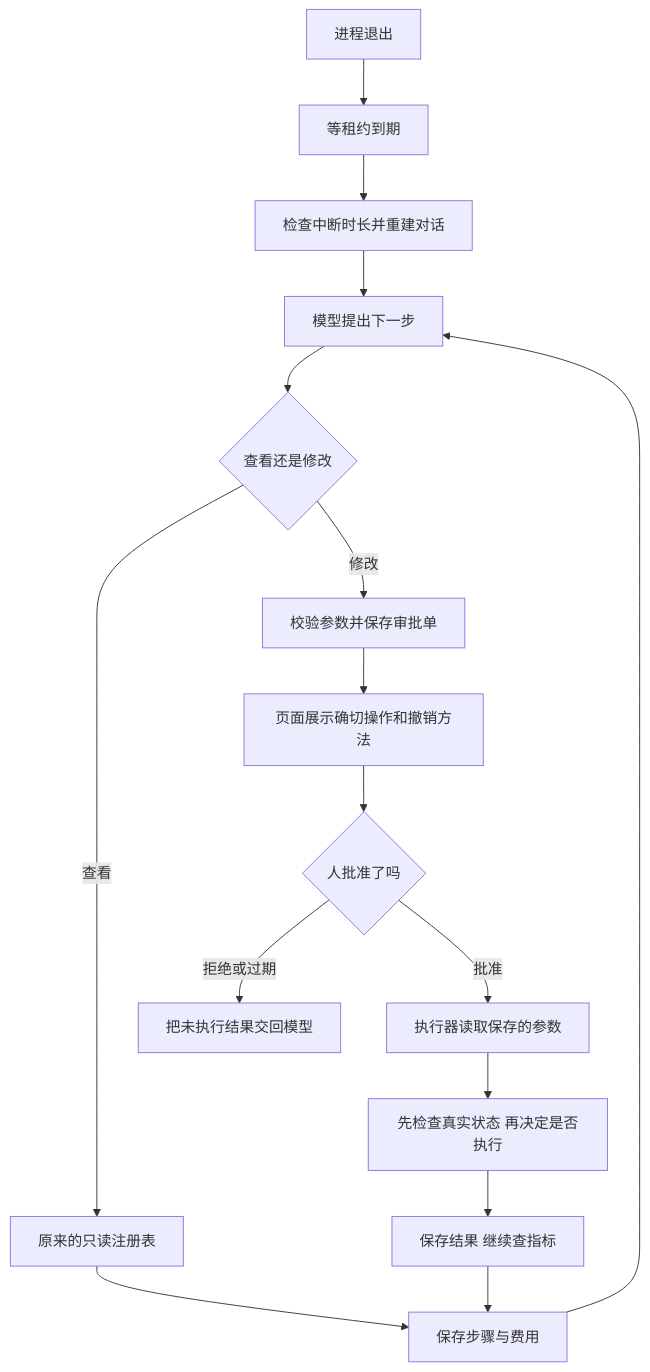
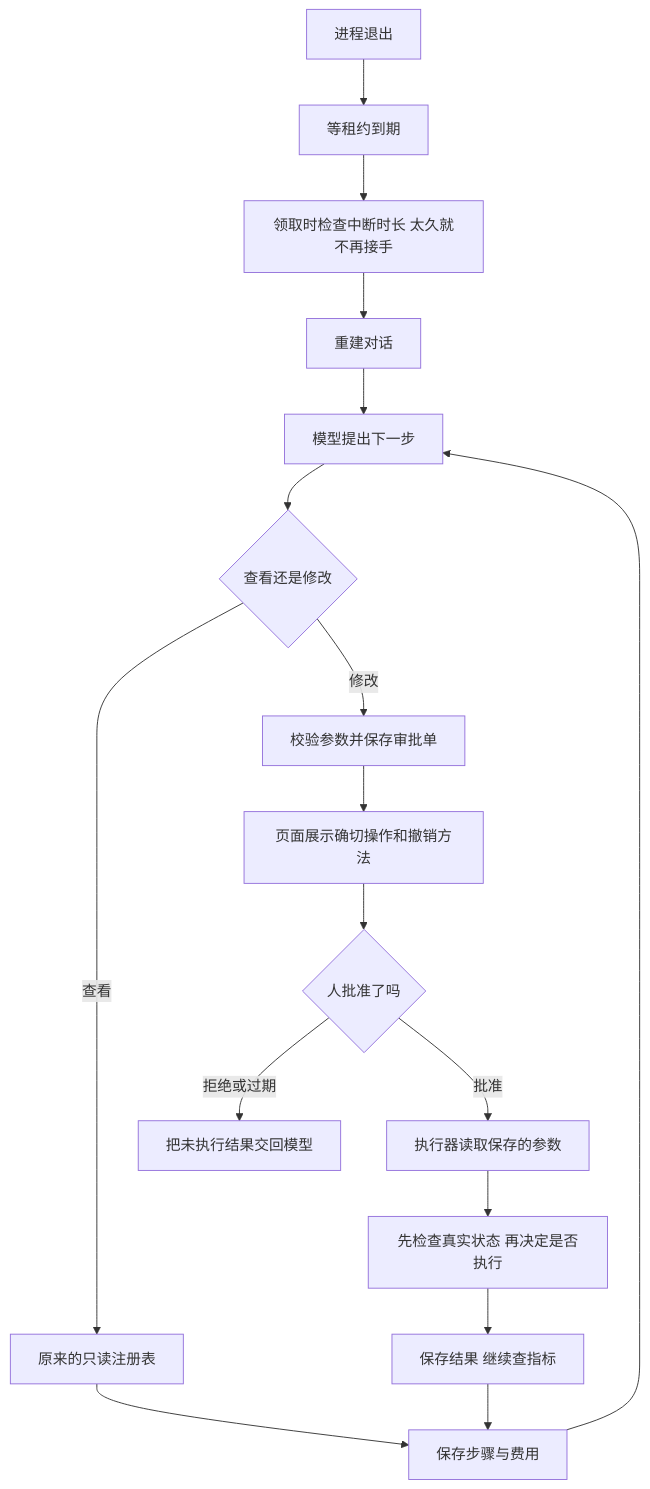
Before and after one commit to Li-Nepenthe/opsdoctor: the first of 2 diagrams in docs/learn/phase-07-reliability.md, drawn with Mermaid. The commit also changed other lines of this file and 14 other files, not shown here.

````diff
--- a/docs/learn/phase-07-reliability.md
+++ b/docs/learn/phase-07-reliability.md
@@ -36,18 +36,19 @@
 ```mermaid
 flowchart TD
     A[模型提出下一步] --> B{查看还是修改}
     B -->|查看| C[原来的只读注册表]
     B -->|修改| D[校验参数并保存审批单]
     D --> E[页面展示确切操作和撤销方法]
     E --> F{人批准了吗}
     F -->|拒绝或过期| G[把未执行结果交回模型]
     F -->|批准| H[执行器读取保存的参数]
     H --> I[先检查真实状态 再决定是否执行]
     I --> J[保存结果 继续查指标]
     C --> K[保存步骤与费用]
     J --> K
     K --> A
     L[进程退出] --> M[等租约到期]
-    M --> N[检查中断时长并重建对话]
-    N --> A
+    M --> N[领取时检查中断时长 太久就不再接手]
+    N --> O[重建对话]
+    O --> A
 ```
````
